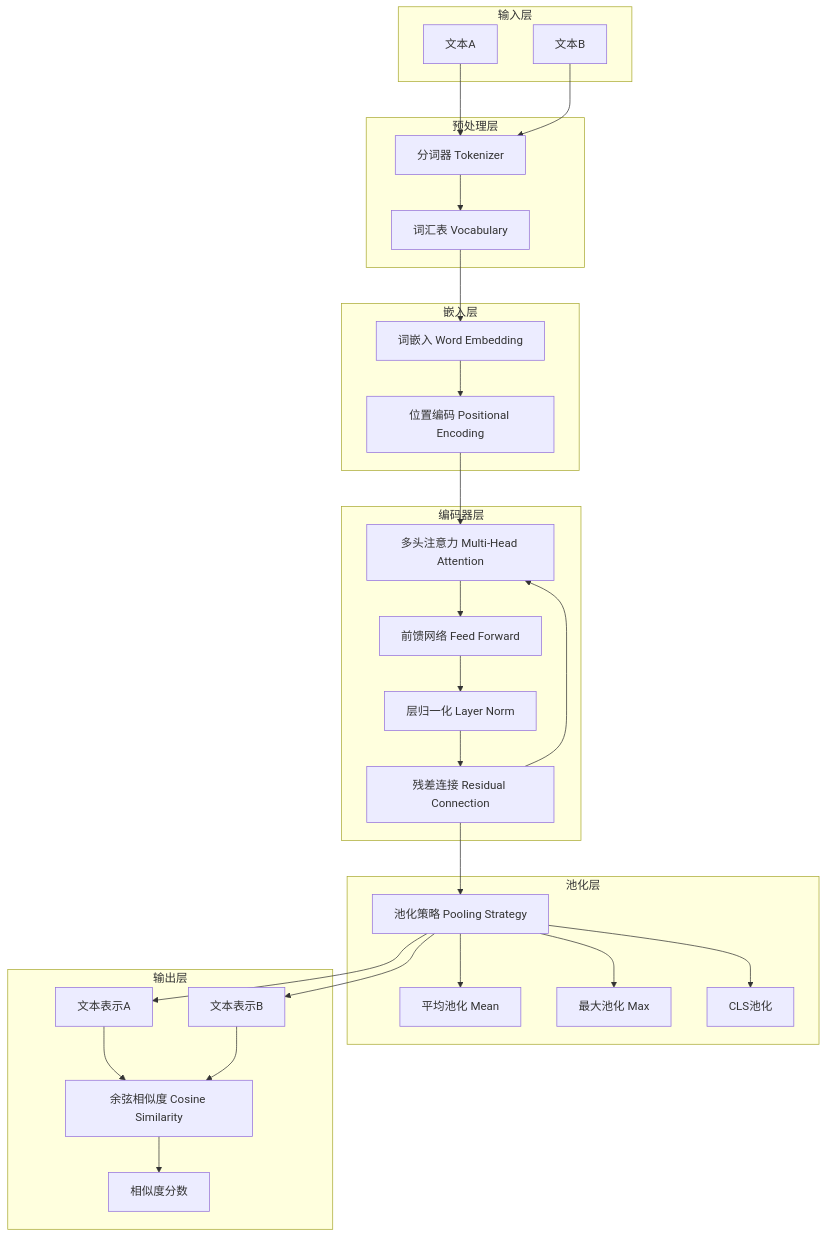
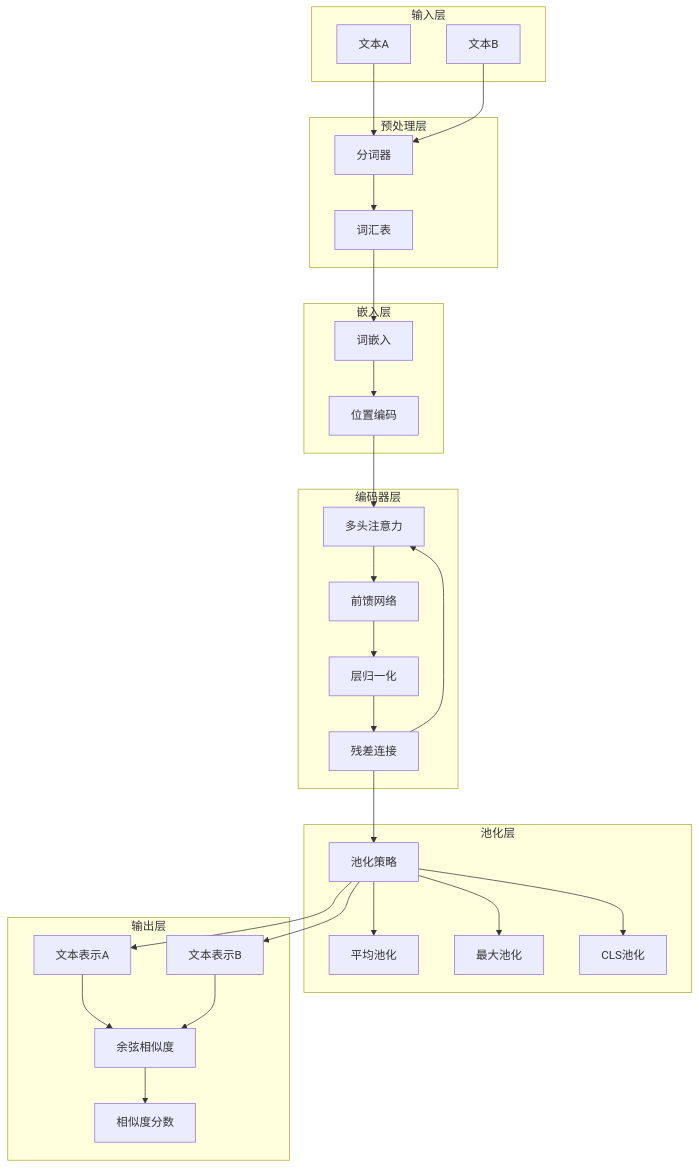
Before and after one commit to lizhenping/multi-head-self-attention: the first of 7 diagrams in docs/architecture.md, drawn with Mermaid. The commit also changed other lines of this file, not shown here.

````diff
--- a/docs/architecture.md
+++ b/docs/architecture.md
@@ -6,58 +6,58 @@
 ```mermaid
 flowchart TB
     subgraph input ["输入层"]
-        A["文本A"] 
-        B["文本B"]
+        A[文本A] 
+        B[文本B]
     end
     
     subgraph preprocess ["预处理层"]
-        C["分词器 Tokenizer"]
-        D["词汇表 Vocabulary"]
+        C[分词器]
+        D[词汇表]
     end
     
     subgraph embedding ["嵌入层"]
-        E["词嵌入 Word Embedding"]
-        F["位置编码 Positional Encoding"]
+        E[词嵌入]
+        F[位置编码]
     end
     
     subgraph encoder ["编码器层"]
-        G["多头注意力 Multi-Head Attention"]
-        H["前馈网络 Feed Forward"]
-        I["层归一化 Layer Norm"]
-        J["残差连接 Residual Connection"]
+        G[多头注意力]
+        H[前馈网络]
+        I[层归一化]
+        J[残差连接]
     end
     
     subgraph pooling ["池化层"]
-        K["池化策略 Pooling Strategy"]
-        K1["平均池化 Mean"]
-        K2["最大池化 Max"]
-        K3["CLS池化"]
+        K[池化策略]
+        K1[平均池化]
+        K2[最大池化]
+        K3[CLS池化]
     end
     
     subgraph output ["输出层"]
-        L["文本表示A"]
-        M["文本表示B"]
-        N["余弦相似度 Cosine Similarity"]
-        O["相似度分数"]
+        L[文本表示A]
+        M[文本表示B]
+        N[余弦相似度]
+        O[相似度分数]
     end
     
     A --> C
     B --> C
     C --> D
     D --> E
     E --> F
     F --> G
     G --> H
     H --> I
     I --> J
     J --> G
     J --> K
     K --> K1
     K --> K2
     K --> K3
     K --> L
     K --> M
     L --> N
     M --> N
     N --> O
 ```
````
